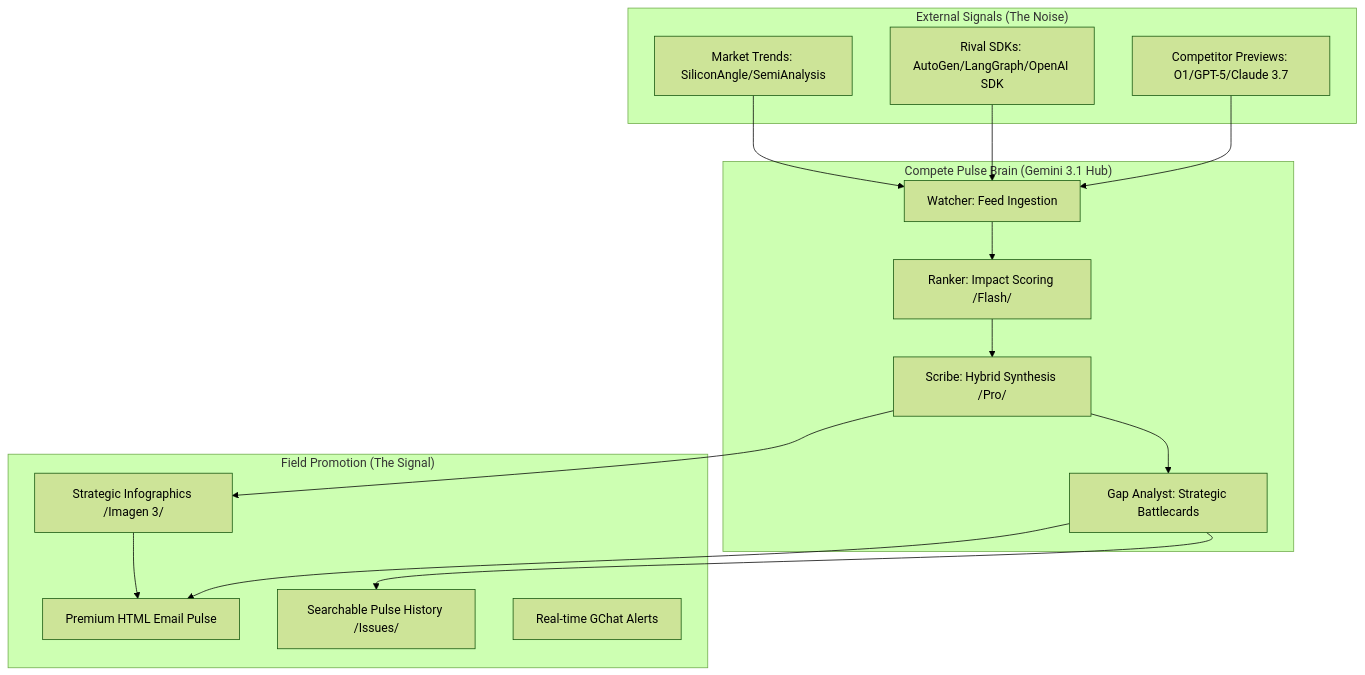
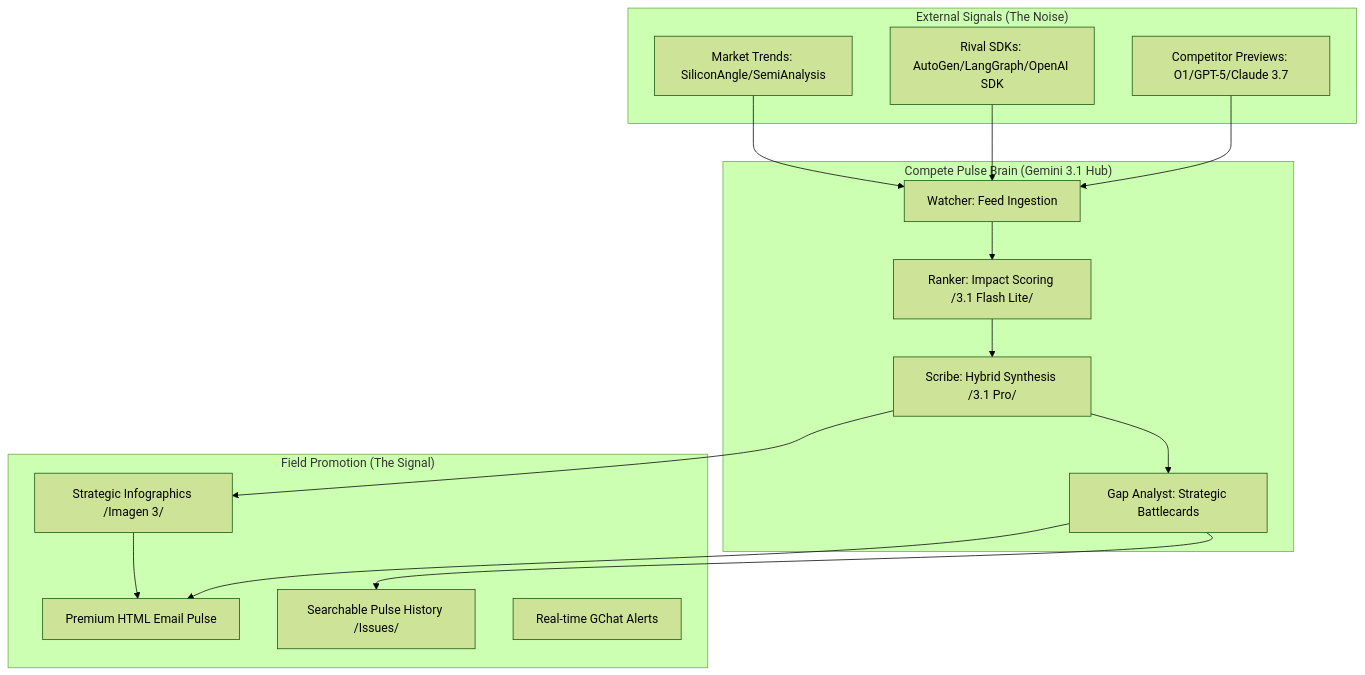
One commit to enriquekalven/compete-pulse changed the diagram in README.md. Above: the diagram before and after it, drawn with Mermaid (forest theme). The commit also changed other lines of this file, not shown here.

````diff
--- a/README.md
+++ b/README.md
@@ -13,35 +13,35 @@
 ```mermaid
 graph TD
     subgraph "External Signals (The Noise)"
         C1[Competitor Previews: O1/GPT-5/Claude 3.7]
         C2[Rival SDKs: AutoGen/LangGraph/OpenAI SDK]
         C3[Market Trends: SiliconAngle/SemiAnalysis]
     end
 
     subgraph "Compete Pulse Brain (Gemini 3.1 Hub)"
         W[Watcher: Feed Ingestion]
-        R[Ranker: Impact Scoring /Flash/]
-        S[Scribe: Hybrid Synthesis /Pro/]
+        R[Ranker: Impact Scoring /3.1 Flash Lite/]
+        S[Scribe: Hybrid Synthesis /3.1 Pro/]
         GA[Gap Analyst: Strategic Battlecards]
         
         W --> R
         R --> S
         S --> GA
     end
 
     subgraph "Field Promotion (The Signal)"
         EM[Premium HTML Email Pulse]
         GH[Searchable Pulse History /Issues/]
         GC[Real-time GChat Alerts]
         IG[Strategic Infographics /Imagen 3/]
     end
 
     C1 --> W
     C2 --> W
     C3 --> W
     
     GA --> EM
     GA --> GH
     S --> IG
     IG --> EM
 ```
````
